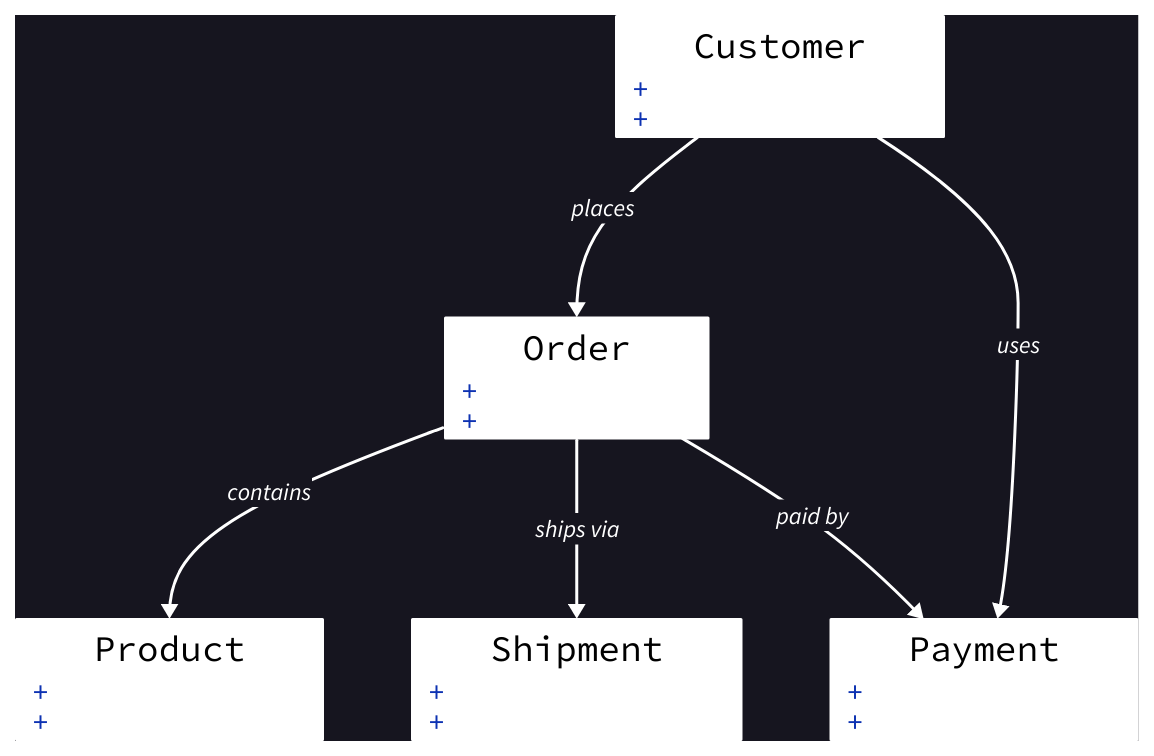
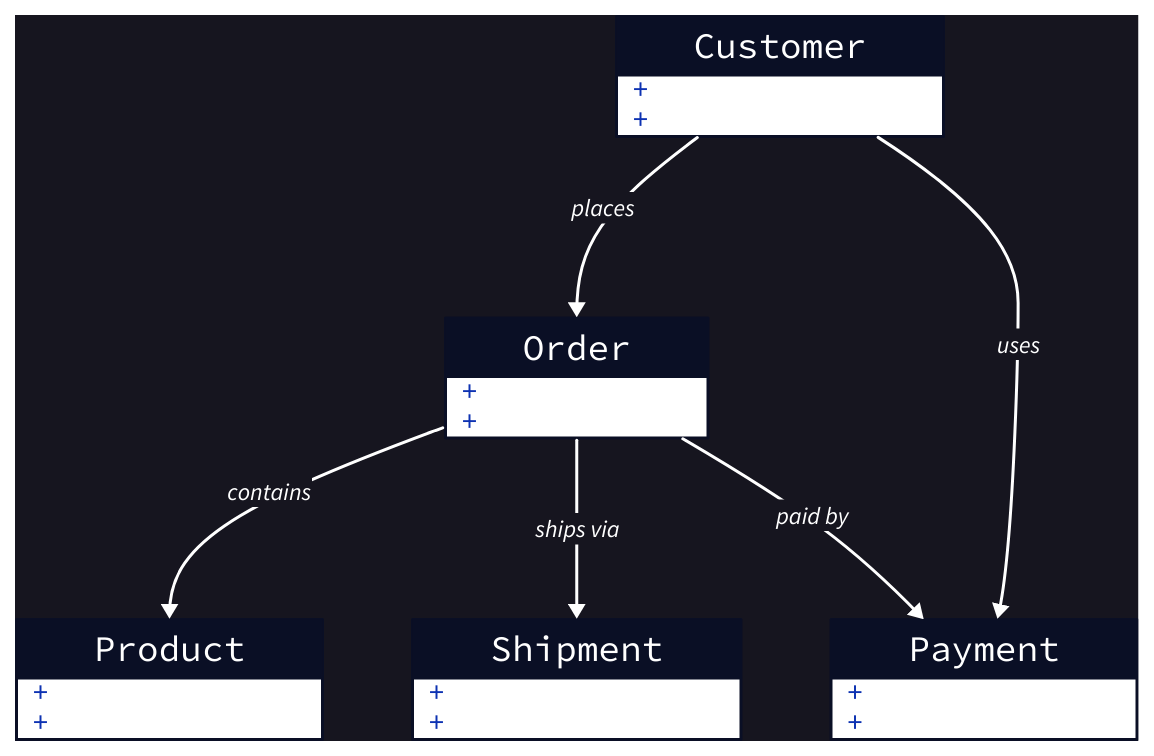
Before and after one commit to dvdstelt/weblog: the diagram in src/content/posts/2026-05-29-service-boundaries-are-about-authority.md, drawn with D2. The commit also changed 2 other files, not shown here.

Commit message:
✨ Render authority diagram as dark two-tone classes via theme override

````diff
--- a/src/content/posts/2026-05-29-service-boundaries-are-about-authority.md
+++ b/src/content/posts/2026-05-29-service-boundaries-are-about-authority.md
@@ -92,45 +92,42 @@
-```d2 hide-class-markers
-# Inverted palette: page-matched background, white boxes and lines, white connection labels
+```d2 theme=200 hide-class-markers
+# Dark theme for two-tone class boxes; page-matched canvas; white connections and labels
 style.fill: "#16151F"
-*.style.fill: "#FFFFFF"
-*.style.stroke: "#FFFFFF"
-*.style.font-color: "#000000"
 (* -> *)[*].style.stroke: "#FFFFFF"
 (* -> *)[*].style.font-color: "#FFFFFF"
 
 Customer: {
   shape: class
   " ": ""
   "  ": ""
 }
 
 Order: {
   shape: class
   " ": ""
   "  ": ""
 }
 
 Product: {
   shape: class
   " ": ""
   "  ": ""
 }
 
 Shipment: {
   shape: class
   " ": ""
   "  ": ""
 }
 
 Payment: {
   shape: class
   " ": ""
   "  ": ""
 }
 
 Customer -> Order: places
 Customer -> Payment: uses
 Order -> Product: contains
 Order -> Shipment: ships via
 Order -> Payment: paid by
 ```
````
